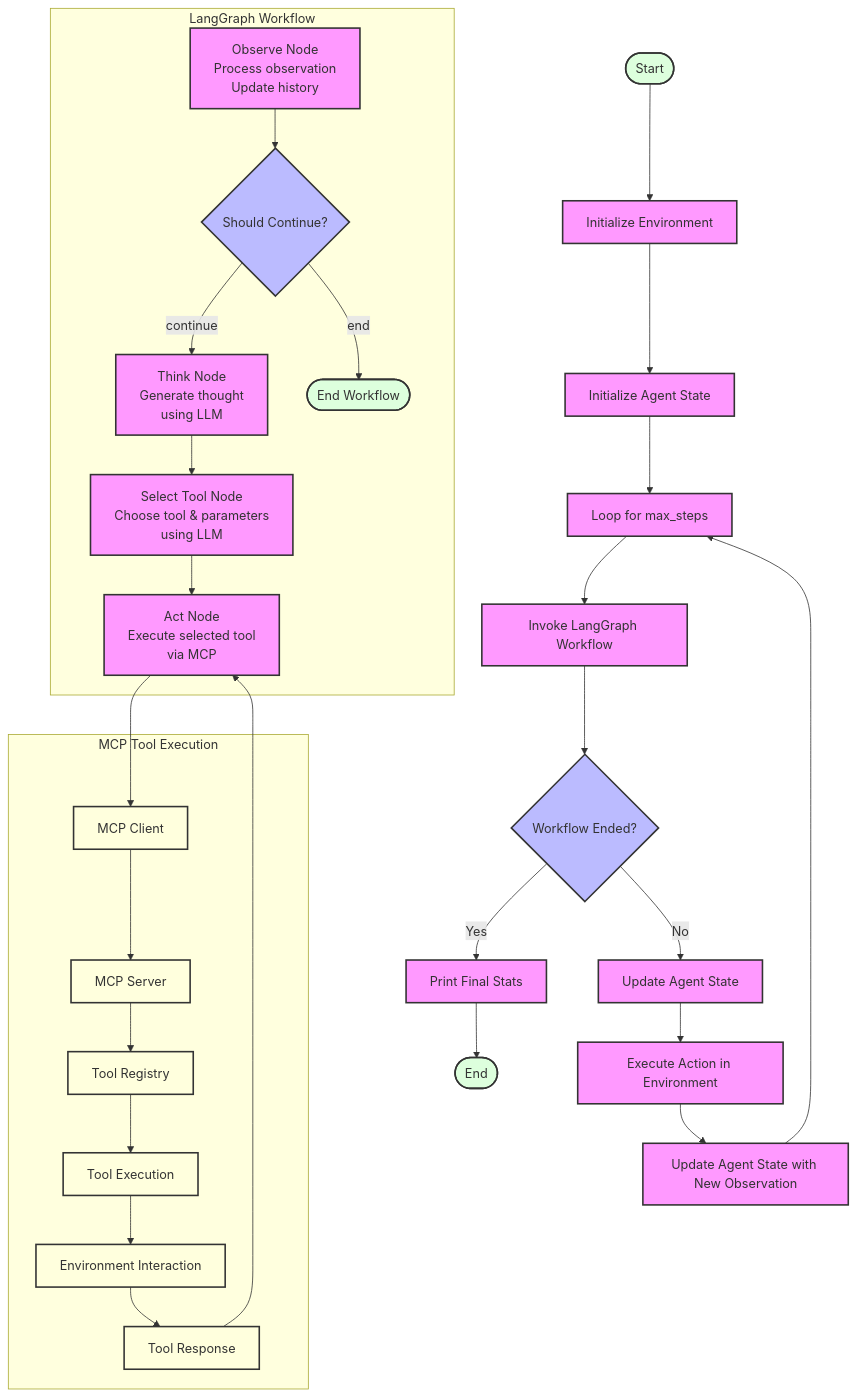
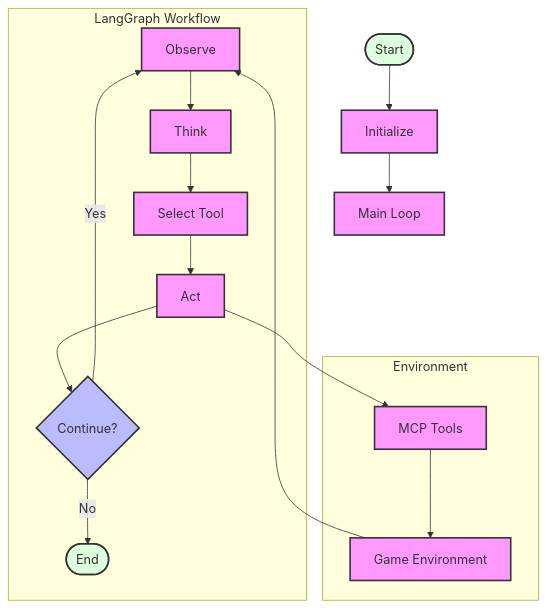
Before and after one commit to sep/ai-agent-zork: the diagram in src/agent/mcp_langgraph/README.md, drawn with Mermaid. The commit also changed 2 other files, not shown here.

Commit message:
Simplify mermaid diagrams explaining each agent

````diff
--- a/src/agent/mcp_langgraph/README.md
+++ b/src/agent/mcp_langgraph/README.md
@@ -7,48 +7,32 @@
 ```mermaid
 graph TD
-    %% Main function loop
-    Start([Start]) --> InitEnv[Initialize Environment]
-    InitEnv --> InitState[Initialize Agent State]
-    InitState --> Loop[Loop for max_steps]
+    %% Main workflow
+    Start([Start]) --> Init[Initialize]
+    Init --> Loop[Main Loop]
     
-    %% LangGraph workflow (inner loop)
+    %% Core LangGraph workflow
     subgraph "LangGraph Workflow"
-        Observe[Observe Node<br/>Process observation<br/>Update history] --> ShouldContinue{Should Continue?}
-        ShouldContinue -->|"continue"| Think[Think Node<br/>Generate thought<br/>using LLM]
-        ShouldContinue -->|"end"| End([End Workflow])
-        Think --> SelectTool[Select Tool Node<br/>Choose tool & parameters<br/>using LLM]
-        SelectTool --> Act[Act Node<br/>Execute selected tool<br/>via MCP]
+        Observe[Observe] --> Think[Think]
+        Think --> SelectTool[Select Tool]
+        SelectTool --> Act[Act]
+        Act --> ShouldContinue{Continue?}
+        ShouldContinue -->|Yes| Observe
+        ShouldContinue -->|No| End([End])
     end
     
-    %% Function control flow (outer loop)
-    Loop --> InvokeGraph[Invoke LangGraph Workflow]
-    InvokeGraph --> CheckEnd{Workflow Ended?}
-    CheckEnd -->|Yes| FinalStats[Print Final Stats]
-    CheckEnd -->|No| UpdateState[Update Agent State]
-    UpdateState --> ExecuteAction[Execute Action in Environment]
-    ExecuteAction --> UpdateObservation[Update Agent State with New Observation]
-    UpdateObservation --> Loop
-    FinalStats --> End2([End])
-    
-    %% Environment interaction via MCP
-    subgraph "MCP Tool Execution"
-        Act --> MCPClient[MCP Client]
-        MCPClient --> MCPServer[MCP Server]
-        MCPServer --> ToolRegistry[Tool Registry]
-        ToolRegistry --> ToolExecution[Tool Execution]
-        ToolExecution --> EnvInteraction[Environment Interaction]
-        EnvInteraction --> ToolResponse[Tool Response]
-        ToolResponse --> Act
+    %% Environment interaction
+    subgraph "Environment"
+        Act --> MCP[MCP Tools]
+        MCP --> Env[Game Environment]
+        Env --> Observe
     end
     
     %% Styling
     classDef process fill:#f9f,stroke:#333,stroke-width:2px
     classDef decision fill:#bbf,stroke:#333,stroke-width:2px
     classDef terminal fill:#dfd,stroke:#333,stroke-width:2px
-    classDef mcp fill:#ffd,stroke:#333,stroke-width:2px
     
-    class Start,End,End2 terminal
-    class ShouldContinue,CheckEnd decision
-    class Observe,Think,SelectTool,Act,InitEnv,InitState,UpdateState,ExecuteAction,UpdateObservation,Loop,InvokeGraph,FinalStats process
-    class MCPClient,MCPServer,ToolRegistry,ToolExecution,EnvInteraction,ToolResponse mcp
+    class Start,End terminal
+    class ShouldContinue decision
+    class Observe,Think,SelectTool,Act,Init,Loop,MCP,Env process
 ```
````
